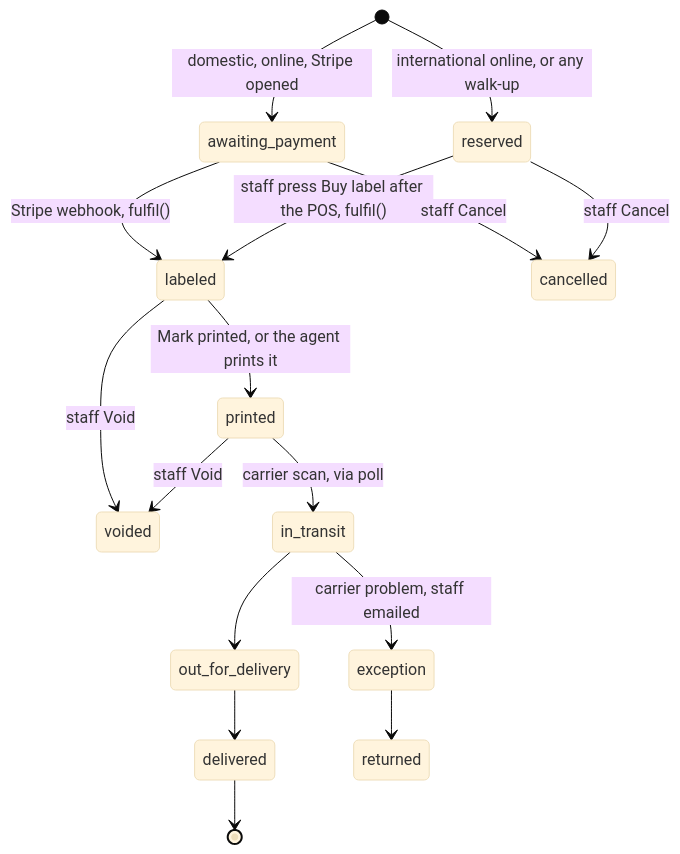
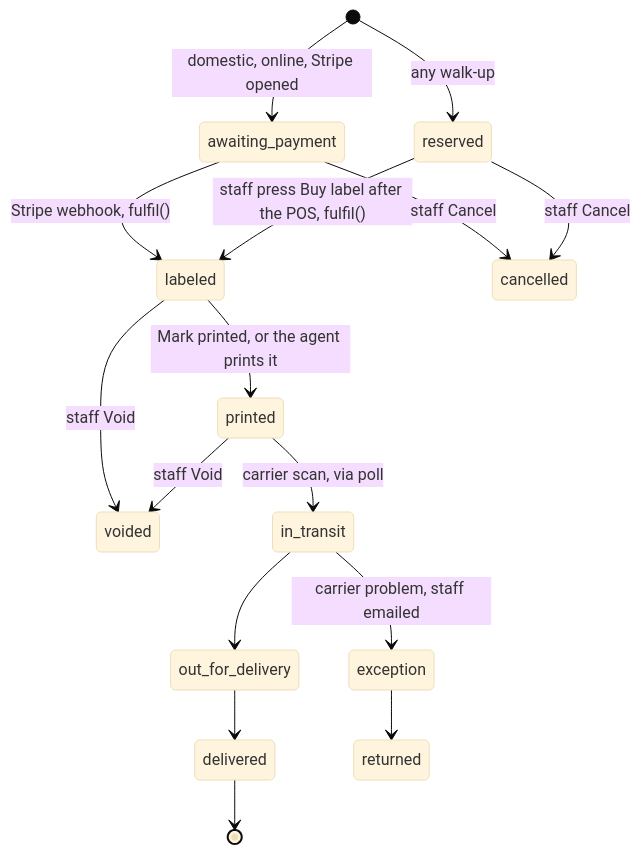
The fourth of 8 diagrams in shipping-client/README.md (wbp318/goin-postal-forsythe), drawn with Mermaid (base theme) before and after one commit. The commit also changed other lines of this file and 36 other files, not shown here.

````diff
--- a/shipping-client/README.md
+++ b/shipping-client/README.md
@@ -441,18 +438,18 @@
 ```mermaid
 stateDiagram-v2
   [*] --> awaiting_payment: domestic, online, Stripe opened
-  [*] --> reserved: international online, or any walk-up
+  [*] --> reserved: any walk-up
   awaiting_payment --> labeled: Stripe webhook, fulfil()
   reserved --> labeled: staff press Buy label after the POS, fulfil()
   awaiting_payment --> cancelled: staff Cancel
   reserved --> cancelled: staff Cancel
   labeled --> printed: Mark printed, or the agent prints it
   labeled --> voided: staff Void
   printed --> voided: staff Void
   printed --> in_transit: carrier scan, via poll
   in_transit --> out_for_delivery
   out_for_delivery --> delivered
   in_transit --> exception: carrier problem, staff emailed
   exception --> returned
   delivered --> [*]
 ```
````
